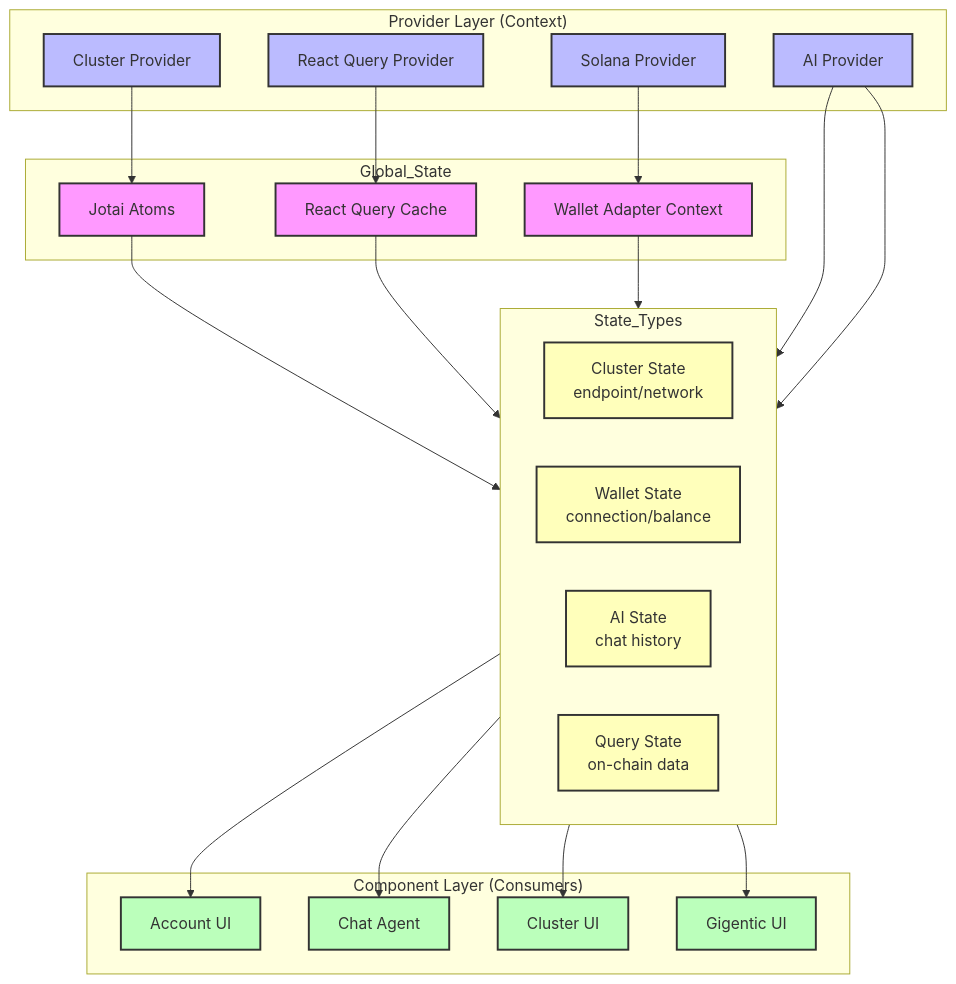
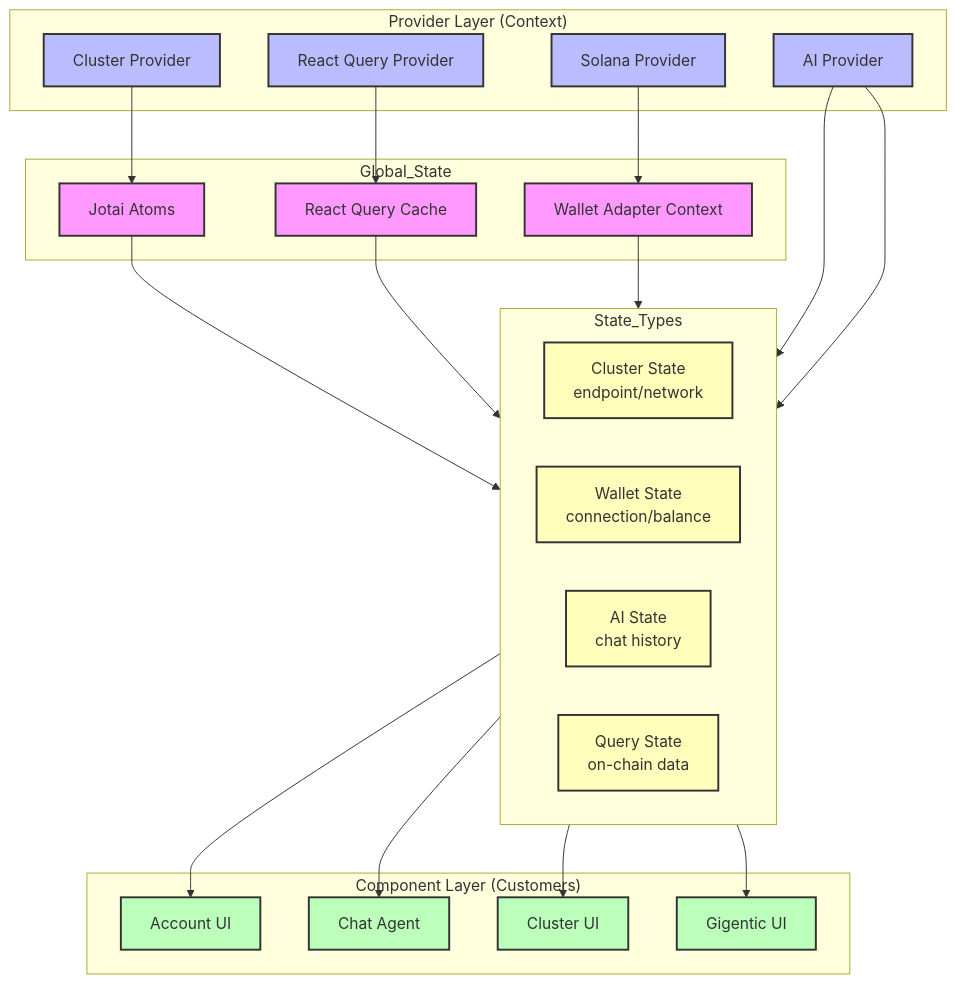
The diagram in notes/mermaid_diagrams/state_flows_frontend.md (Gigentic/gigentic-frontend), drawn with Mermaid before and after one commit. The commit also changed 16 other files, not shown here.

````diff
--- a/notes/mermaid_diagrams/state_flows_frontend.md
+++ b/notes/mermaid_diagrams/state_flows_frontend.md
@@ -1,58 +1,58 @@
 ```mermaid
 graph TB
 subgraph Global_State
 Jotai[Jotai Atoms]
 ReactQuery[React Query Cache]
 WalletAdapter[Wallet Adapter Context]
 end
 
     subgraph Providers["Provider Layer (Context)"]
         AI[AI Provider]
         Cluster[Cluster Provider]
         Solana[Solana Provider]
         ReactQuery_Provider[React Query Provider]
     end
 
     subgraph State_Types
         direction LR
         ClusterState[Cluster State<br>endpoint/network]
         WalletState[Wallet State<br>connection/balance]
         AIState[AI State<br>chat history]
         QueryState[Query State<br>on-chain data]
     end
 
-    subgraph Components["Component Layer (Consumers)"]
+    subgraph Components["Component Layer (Customers)"]
         AccountUI[Account UI]
         ChatAgent[Chat Agent]
         ClusterUI[Cluster UI]
         GigenticUI[Gigentic UI]
     end
 
     %% Connections
     Jotai --> ClusterState
     ReactQuery --> QueryState
     WalletAdapter --> WalletState
     AI --> AIState
 
     ClusterState --> ClusterUI
     WalletState --> AccountUI
     AIState --> ChatAgent
     QueryState --> GigenticUI
 
     %% Provider Relationships
     Cluster --> Jotai
     Solana --> WalletAdapter
     AI --> AIState
     ReactQuery_Provider --> ReactQuery
 
     %% Add styles
     classDef stateStore fill:#f9f,stroke:#333,stroke-width:2px;
     classDef provider fill:#bbf,stroke:#333,stroke-width:2px;
     classDef component fill:#bfb,stroke:#333,stroke-width:2px;
     classDef stateType fill:#ffb,stroke:#333,stroke-width:2px;
 
     class Jotai,ReactQuery,WalletAdapter stateStore;
     class AI,Cluster,Solana,ReactQuery_Provider provider;
     class AccountUI,ChatAgent,ClusterUI,GigenticUI component;
     class ClusterState,WalletState,AIState,QueryState stateType;
 ```
````
